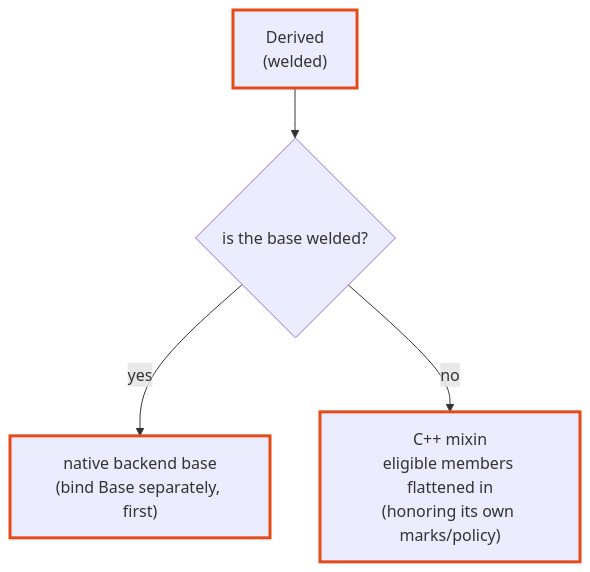
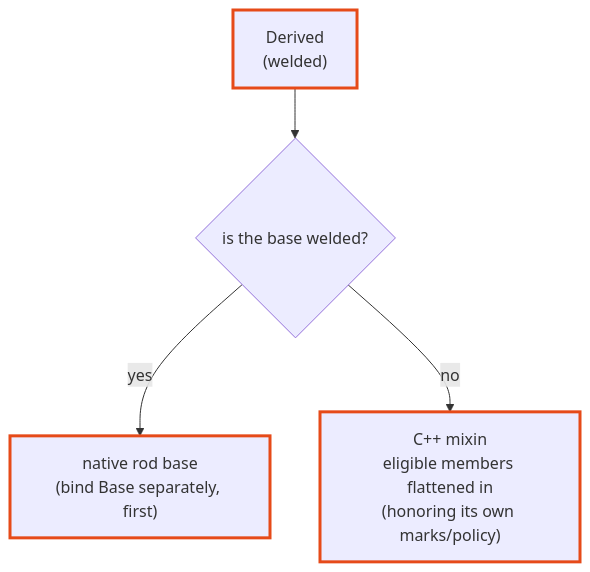
Before and after one commit to skarndev/welder: the diagram in docs/content/guide/inheritance.md, drawn with Mermaid. The commit also changed other lines of this file and 24 other files, not shown here.

````diff
--- a/docs/content/guide/inheritance.md
+++ b/docs/content/guide/inheritance.md
@@ -7,9 +7,9 @@
 ```mermaid
 flowchart TD
     D["Derived<br/>(welded)"] --> Q{"is the base welded?"}
-    Q -- yes --> W["native backend base<br/>(bind Base separately, first)"]
+    Q -- yes --> W["native rod base<br/>(bind Base separately, first)"]
     Q -- no --> M["C++ mixin<br/>eligible members flattened in<br/>(honoring its own marks/policy)"]
     style D stroke:#e64a19,stroke-width:3px
     style W stroke:#e64a19,stroke-width:3px
     style M stroke:#e64a19,stroke-width:3px
 ```
````
